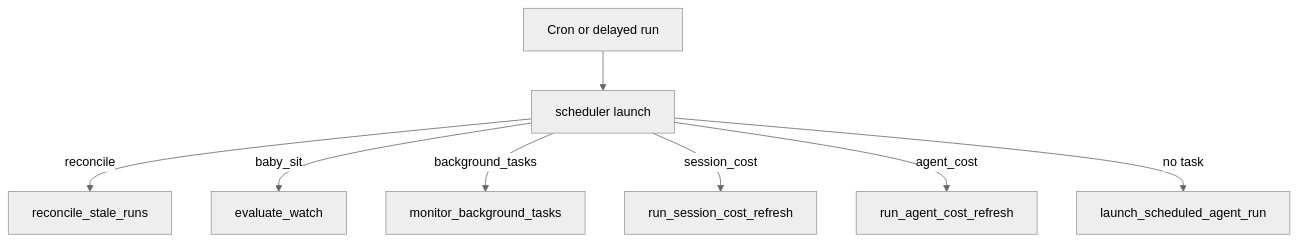
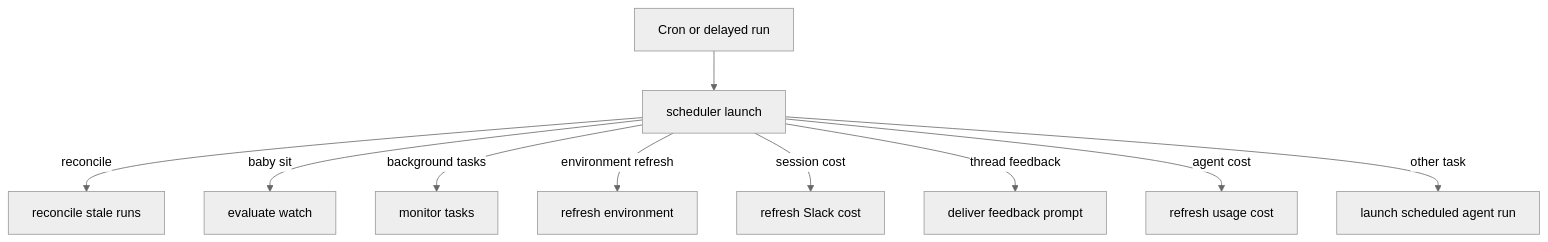
Before and after one commit to langchain-ai/open-swe: the first of 2 diagrams in openwiki/workflows/scheduling-and-baby-sit.md, drawn with Mermaid (neutral theme). The commit also changed other lines of this file and 51 other files, not shown here.

````diff
--- a/openwiki/workflows/scheduling-and-baby-sit.md
+++ b/openwiki/workflows/scheduling-and-baby-sit.md
@@ -67,10 +55,12 @@
 ```mermaid
 flowchart TD
   Tick["Cron or delayed run"] --> Launch["scheduler launch"]
-  Launch -->|reconcile| Reconcile["reconcile_stale_runs"]
-  Launch -->|baby_sit| Watch["evaluate_watch"]
-  Launch -->|background_tasks| Background["monitor_background_tasks"]
-  Launch -->|session_cost| SessionCost["run_session_cost_refresh"]
-  Launch -->|agent_cost| AgentCost["run_agent_cost_refresh"]
-  Launch -->|no task| Schedule["launch_scheduled_agent_run"]
+  Launch -->|reconcile| Reconcile["reconcile stale runs"]
+  Launch -->|baby sit| Watch["evaluate watch"]
+  Launch -->|background tasks| Background["monitor tasks"]
+  Launch -->|environment refresh| Environment["refresh environment"]
+  Launch -->|session cost| SessionCost["refresh Slack cost"]
+  Launch -->|thread feedback| Feedback["deliver feedback prompt"]
+  Launch -->|agent cost| AgentCost["refresh usage cost"]
+  Launch -->|other task| Schedule["launch scheduled agent run"]
 ```
````
